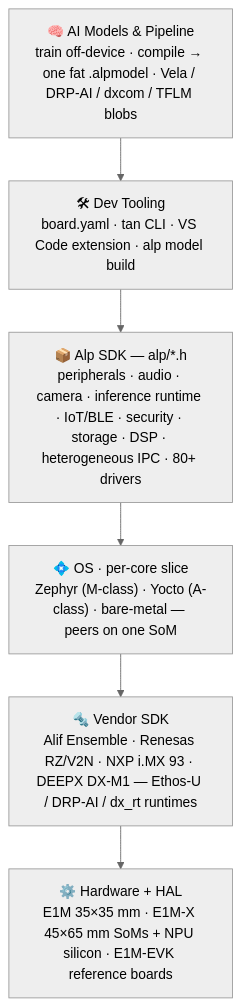
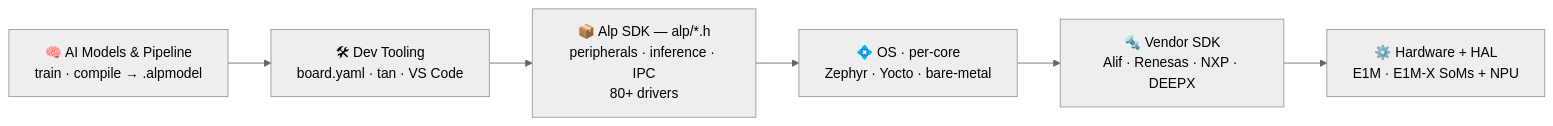
The second of 2 diagrams in profile/README.md (alplabai/.github), drawn with Mermaid (neutral theme) before and after one commit. The commit also changed other lines of this file, not shown here.

Commit message:
docs(profile): live release badges + widen layer stack (LR)
- version badges -> shields github/v/release (auto-fetch latest tag)
- Alp SDK layer stack TB -> LR, trimmed labels (was too tall)
- reword caption top -> left

````diff
--- a/profile/README.md
+++ b/profile/README.md
@@ -96,11 +97,11 @@
 ```mermaid
-flowchart TB
-    A["🧠 AI Models &amp; Pipeline<br/>train off-device · compile → one fat .alpmodel · Vela / DRP-AI / dxcom / TFLM blobs"]
-    B["🛠 Dev Tooling<br/>board.yaml · tan CLI · VS Code extension · alp model build"]
-    C["📦 Alp SDK — alp/*.h<br/>peripherals · audio · camera · inference runtime · IoT/BLE · security · storage · DSP · heterogeneous IPC · 80+ drivers"]
-    D["💠 OS · per-core slice<br/>Zephyr (M-class) · Yocto (A-class) · bare-metal — peers on one SoM"]
-    E["🔩 Vendor SDK<br/>Alif Ensemble · Renesas RZ/V2N · NXP i.MX 93 · DEEPX DX-M1 — Ethos-U / DRP-AI / dx_rt runtimes"]
-    F["⚙️ Hardware + HAL<br/>E1M 35×35 mm · E1M-X 45×65 mm SoMs + NPU silicon · E1M-EVK reference boards"]
+flowchart LR
+    A["🧠 AI Models &amp; Pipeline<br/>train · compile → .alpmodel"]
+    B["🛠 Dev Tooling<br/>board.yaml · tan · VS Code"]
+    C["📦 Alp SDK — alp/*.h<br/>peripherals · inference · IPC<br/>80+ drivers"]
+    D["💠 OS · per-core<br/>Zephyr · Yocto · bare-metal"]
+    E["🔩 Vendor SDK<br/>Alif · Renesas · NXP · DEEPX"]
+    F["⚙️ Hardware + HAL<br/>E1M · E1M-X SoMs + NPU"]
 
     A --> B --> C --> D --> E --> F
 ```
````
